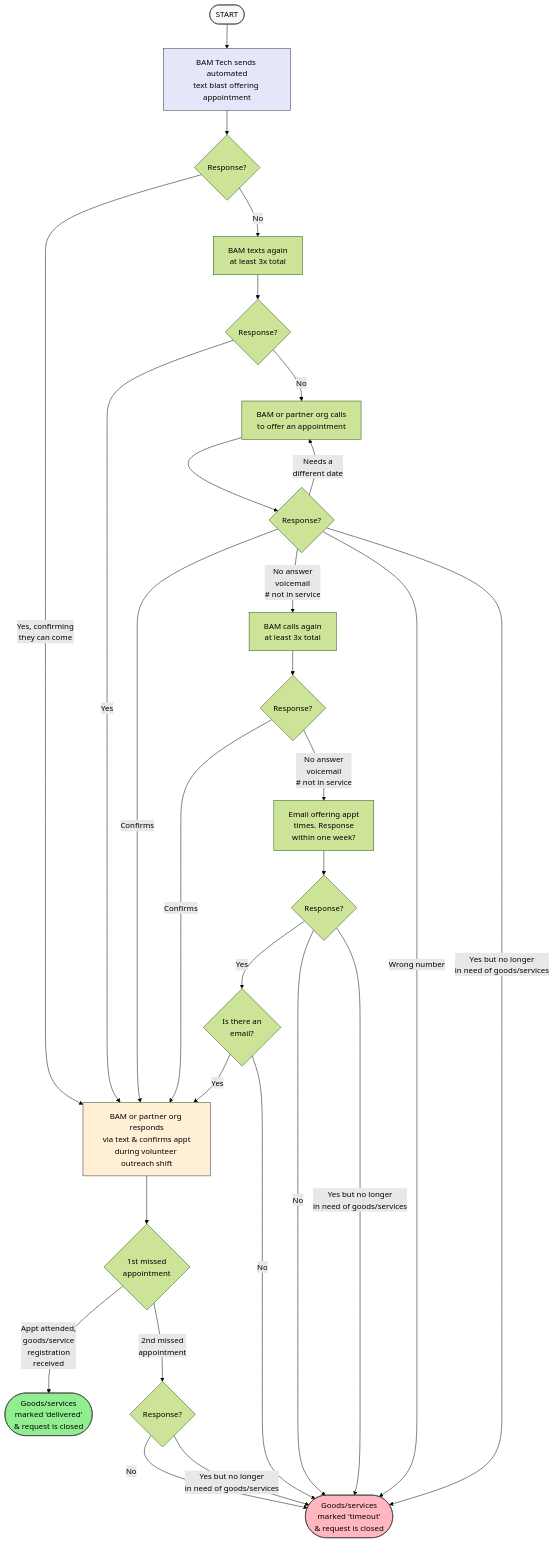
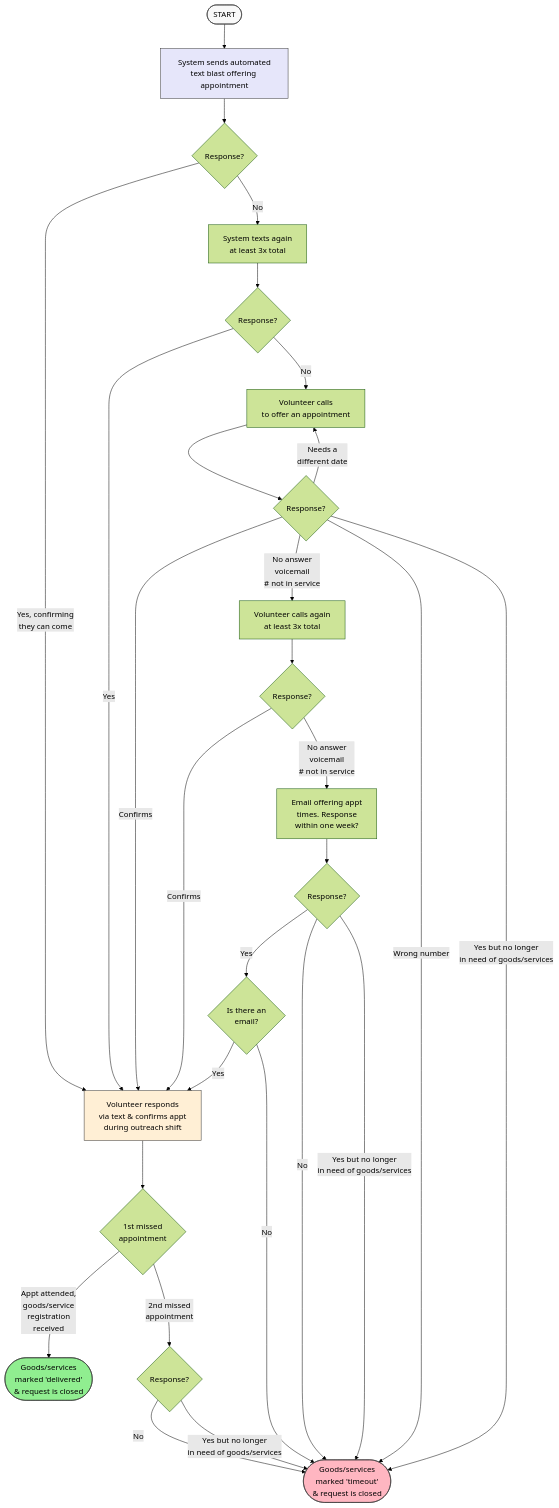
The eighth of 8 diagrams in bam-mutual-aid-spec.md (bushwickayudamutua/specs), drawn with Mermaid (forest theme) before and after one commit. The commit also changed other lines of this file and 3 other files, not shown here.

````diff
--- a/bam-mutual-aid-spec.md
+++ b/bam-mutual-aid-spec.md
@@ -596,45 +546,45 @@
 ```mermaid
 flowchart TD
-    Start([START]) --> TextBlast[BAM Tech sends automated<br/>text blast offering appointment]
+    Start([START]) --> TextBlast[System sends automated<br/>text blast offering appointment]
 
     TextBlast --> Response1{Response?}
 
-    Response1 -->|Yes, confirming<br/>they can come| Confirm[BAM or partner org responds<br/>via text & confirms appt<br/>during volunteer outreach shift]
-    Response1 -->|No| Retry1[BAM texts again<br/>at least 3x total]
+    Response1 -->|Yes, confirming<br/>they can come| Confirm[Volunteer responds<br/>via text & confirms appt<br/>during outreach shift]
+    Response1 -->|No| Retry1[System texts again<br/>at least 3x total]
 
     Retry1 --> Response2{Response?}
     Response2 -->|Yes| Confirm
-    Response2 -->|No| PhoneCall[BAM or partner org calls<br/>to offer an appointment]
+    Response2 -->|No| PhoneCall[Volunteer calls<br/>to offer an appointment]
 
     PhoneCall --> CallResponse{Response?}
     CallResponse -->|Confirms| Confirm
-    CallResponse -->|No answer<br/>voicemail<br/># not in service| RetryCall[BAM calls again<br/>at least 3x total]
+    CallResponse -->|No answer<br/>voicemail<br/># not in service| RetryCall[Volunteer calls again<br/>at least 3x total]
     CallResponse -->|Needs a<br/>different date| PhoneCall
     CallResponse -->|Wrong number| Timeout2([Goods/services<br/>marked 'timeout'<br/>& request is closed])
     CallResponse -->|Yes but no longer<br/>in need of goods/services| Timeout2
 
     RetryCall --> RetryResponse{Response?}
     RetryResponse -->|Confirms| Confirm
     RetryResponse -->|No answer<br/>voicemail<br/># not in service| EmailCheck[Email offering appt<br/>times. Response<br/>within one week?]
 
     EmailCheck --> EmailResponse{Response?}
     EmailResponse -->|Yes| HasEmail{Is there an<br/>email?}
     EmailResponse -->|No| Timeout2
     EmailResponse -->|Yes but no longer<br/>in need of goods/services| Timeout2
 
     HasEmail -->|Yes| Confirm
     HasEmail -->|No| Timeout2
 
     Confirm --> Appt1{1st missed<br/>appointment}
     Appt1 -->|Appt attended,<br/>goods/service<br/>registration<br/>received| Delivered([Goods/services<br/>marked 'delivered'<br/>& request is closed])
 
     Appt1 -->|2nd missed<br/>appointment| Appt2Check{Response?}
     Appt2Check -->|No| Timeout2
     Appt2Check -->|Yes but no longer<br/>in need of goods/services| Timeout2
 
     style Start fill:#f9f9f9,stroke:#333
     style Delivered fill:#90EE90,stroke:#333
     style Timeout2 fill:#FFB6C1,stroke:#333
     style TextBlast fill:#E6E6FA,stroke:#333
     style Confirm fill:#FFEFD5,stroke:#333
 ```
````
